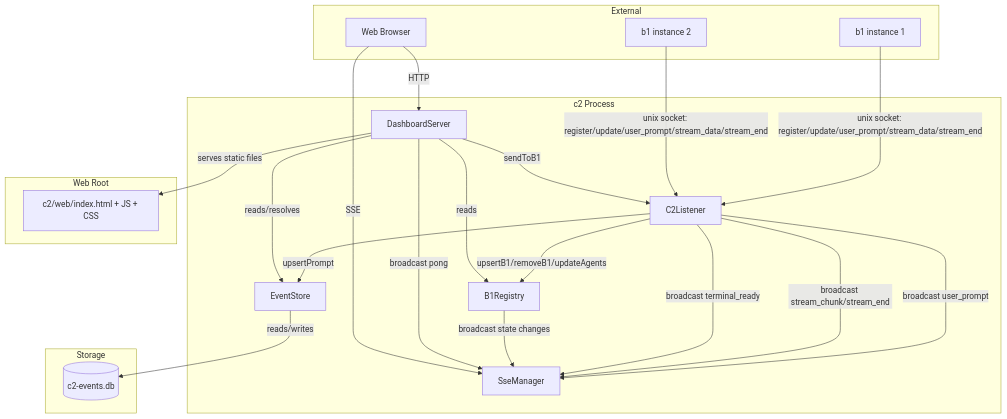
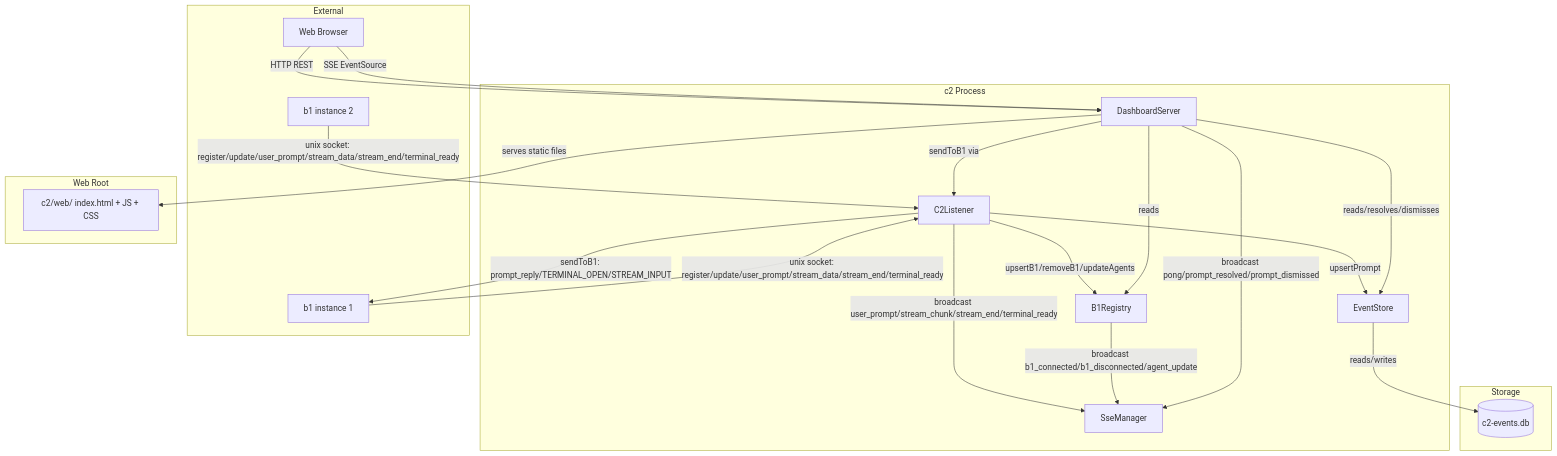
One commit to opensassi/a0 changed the first of 6 diagrams in src/c2/technical-specification.md. Above: the diagram before and after it, drawn with Mermaid. The commit also changed other lines of this file and 165 other files, not shown here.

````diff
--- a/src/c2/technical-specification.md
+++ b/src/c2/technical-specification.md
@@ -298,43 +242,42 @@
 ```mermaid
 graph TB
     subgraph "c2 Process"
         REG[B1Registry]
         SSE[SseManager]
         EV[EventStore]
         L[C2Listener]
         D[DashboardServer]
     end
 
     subgraph "External"
         B1_1[b1 instance 1]
         B1_2[b1 instance 2]
         BROWSER[Web Browser]
     end
 
     subgraph "Storage"
         DB[(c2-events.db)]
     end
 
     subgraph "Web Root"
-        STATIC[c2/web/index.html + JS + CSS]
+        STATIC[c2/web/ index.html + JS + CSS]
     end
 
-    B1_1 -->|"unix socket: register/update/user_prompt/stream_data/stream_end"| L
-    B1_2 -->|"unix socket: register/update/user_prompt/stream_data/stream_end"| L
+    B1_1 -->|"unix socket: register/update/user_prompt/stream_data/stream_end/terminal_ready"| L
+    B1_2 -->|"unix socket: register/update/user_prompt/stream_data/stream_end/terminal_ready"| L
     L -->|upsertB1/removeB1/updateAgents| REG
     L -->|upsertPrompt| EV
-    L -->|broadcast user_prompt| SSE
-    L -->|broadcast stream_chunk/stream_end| SSE
-    L -->|broadcast terminal_ready| SSE
-    REG -->|broadcast state changes| SSE
+    L -->|broadcast user_prompt/stream_chunk/stream_end/terminal_ready| SSE
+    L -->|sendToB1: prompt_reply/TERMINAL_OPEN/STREAM_INPUT| B1_1
+    REG -->|broadcast b1_connected/b1_disconnected/agent_update| SSE
 
     D -->|reads| REG
-    D -->|reads/resolves| EV
-    D -->|sendToB1| L
-    D -->|broadcast pong| SSE
+    D -->|reads/resolves/dismisses| EV
+    D -->|sendToB1 via| L
+    D -->|broadcast pong/prompt_resolved/prompt_dismissed| SSE
     D -->|serves static files| STATIC
 
-    BROWSER -->|HTTP| D
-    BROWSER -->|SSE| SSE
+    BROWSER -->|HTTP REST| D
+    BROWSER -->|SSE EventSource| D
     EV -->|reads/writes| DB
 ```
````
